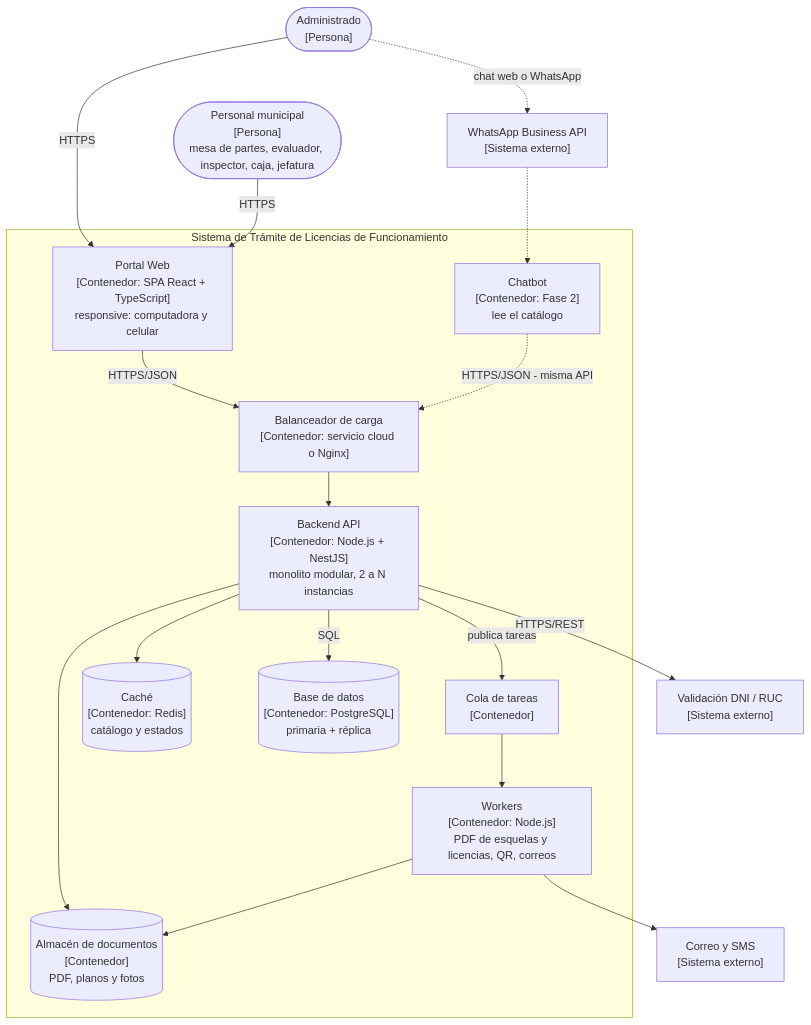
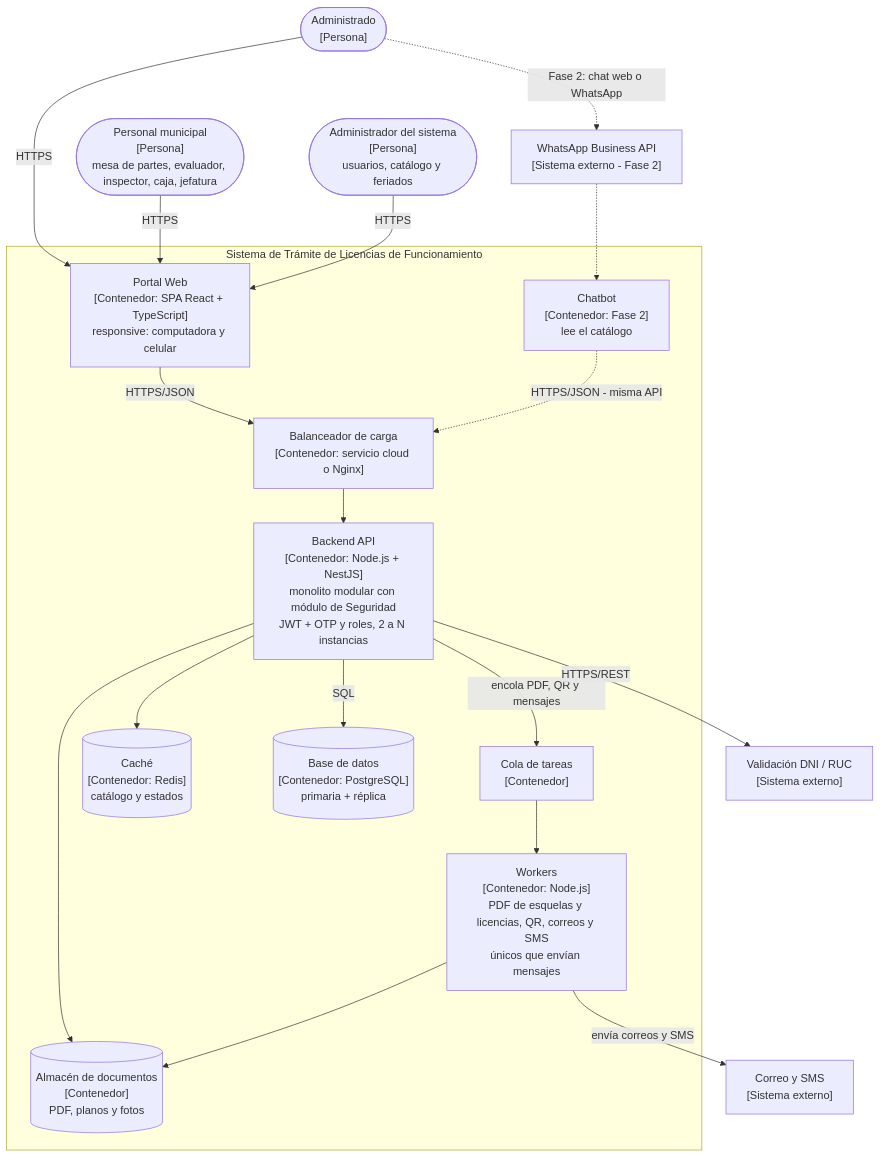
One commit to yeymyloson18/Licencias-Huanta-arquitSoft-JEIMY changed the diagram in docs/04-modelo-c4/Nivel2-DiagramadeContenedores.md. Above: the diagram before and after it, drawn with Mermaid. The commit also changed other lines of this file, not shown here.

Commit message:
docs: agregar administrador y Seguridad al nivel 2 de C4

````diff
--- a/docs/04-modelo-c4/Nivel2-DiagramadeContenedores.md
+++ b/docs/04-modelo-c4/Nivel2-DiagramadeContenedores.md
@@ -6,40 +6,42 @@
 ```mermaid
 flowchart TB
     Adm(["Administrado<br/>[Persona]"])
     Per(["Personal municipal<br/>[Persona]<br/>mesa de partes, evaluador, inspector, caja, jefatura"])
+    AdmS(["Administrador del sistema<br/>[Persona]<br/>usuarios, catálogo y feriados"])
 
     subgraph SIS["Sistema de Trámite de Licencias de Funcionamiento"]
         Portal["Portal Web<br/>[Contenedor: SPA React + TypeScript]<br/>responsive: computadora y celular"]
         Chat["Chatbot<br/>[Contenedor: Fase 2]<br/>lee el catálogo"]
         LB["Balanceador de carga<br/>[Contenedor: servicio cloud o Nginx]"]
-        API["Backend API<br/>[Contenedor: Node.js + NestJS]<br/>monolito modular, 2 a N instancias"]
-        Workers["Workers<br/>[Contenedor: Node.js]<br/>PDF de esquelas y licencias, QR, correos"]
+        API["Backend API<br/>[Contenedor: Node.js + NestJS]<br/>monolito modular con módulo de Seguridad<br/>JWT + OTP y roles, 2 a N instancias"]
+        Workers["Workers<br/>[Contenedor: Node.js]<br/>PDF de esquelas y licencias, QR, correos y SMS<br/>únicos que envían mensajes"]
         Cola["Cola de tareas<br/>[Contenedor]"]
         Redis[("Caché<br/>[Contenedor: Redis]<br/>catálogo y estados")]
         BD[("Base de datos<br/>[Contenedor: PostgreSQL]<br/>primaria + réplica")]
         Obj[("Almacén de documentos<br/>[Contenedor]<br/>PDF, planos y fotos")]
     end
 
     Ident["Validación DNI / RUC<br/>[Sistema externo]"]
     Msg["Correo y SMS<br/>[Sistema externo]"]
-    WA["WhatsApp Business API<br/>[Sistema externo]"]
+    WA["WhatsApp Business API<br/>[Sistema externo - Fase 2]"]
 
     Adm -->|"HTTPS"| Portal
     Per -->|"HTTPS"| Portal
-    Adm -.->|"chat web o WhatsApp"| WA
+    AdmS -->|"HTTPS"| Portal
+    Adm -.->|"Fase 2: chat web o WhatsApp"| WA
     WA -.-> Chat
 
     Portal -->|"HTTPS/JSON"| LB
     Chat -.->|"HTTPS/JSON - misma API"| LB
     LB --> API
 
     API -->|"SQL"| BD
     API --> Redis
     API --> Obj
-    API -->|"publica tareas"| Cola
+    API -->|"encola PDF, QR y mensajes"| Cola
     Cola --> Workers
     Workers --> Obj
-    Workers --> Msg
+    Workers -->|"envía correos y SMS"| Msg
 
     API -->|"HTTPS/REST"| Ident
 ```
````
